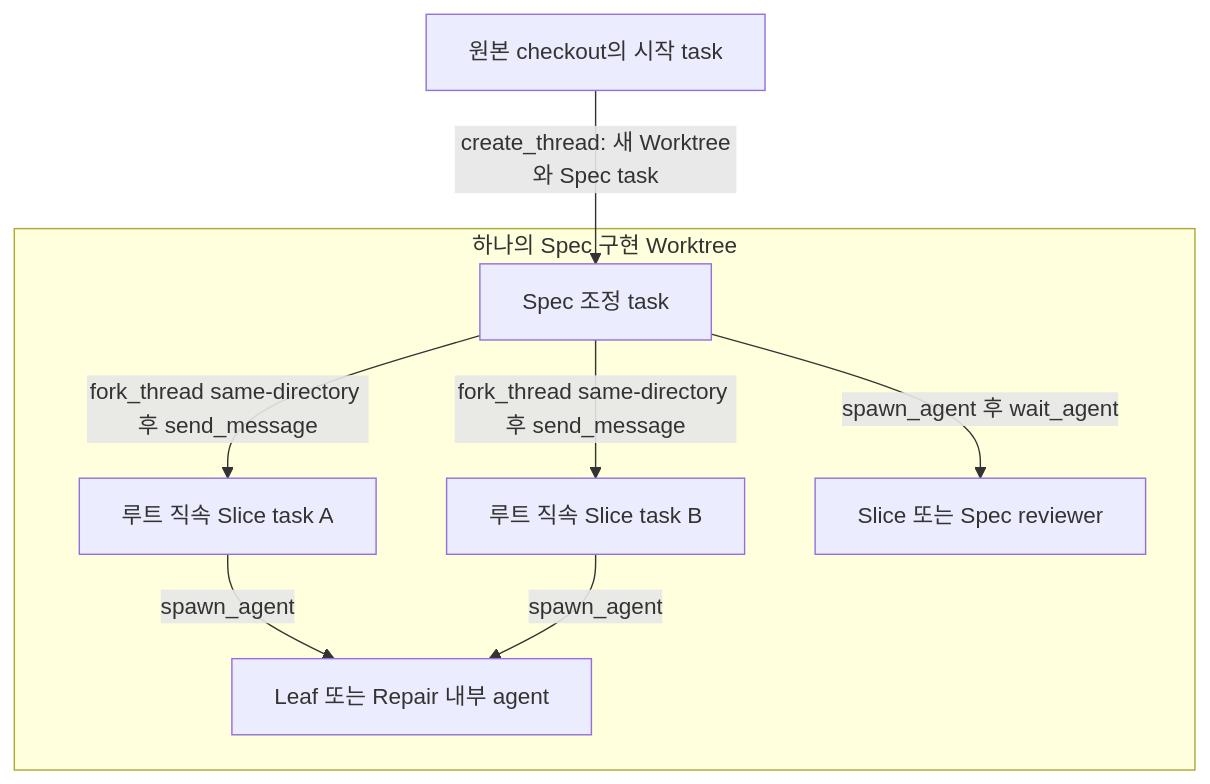
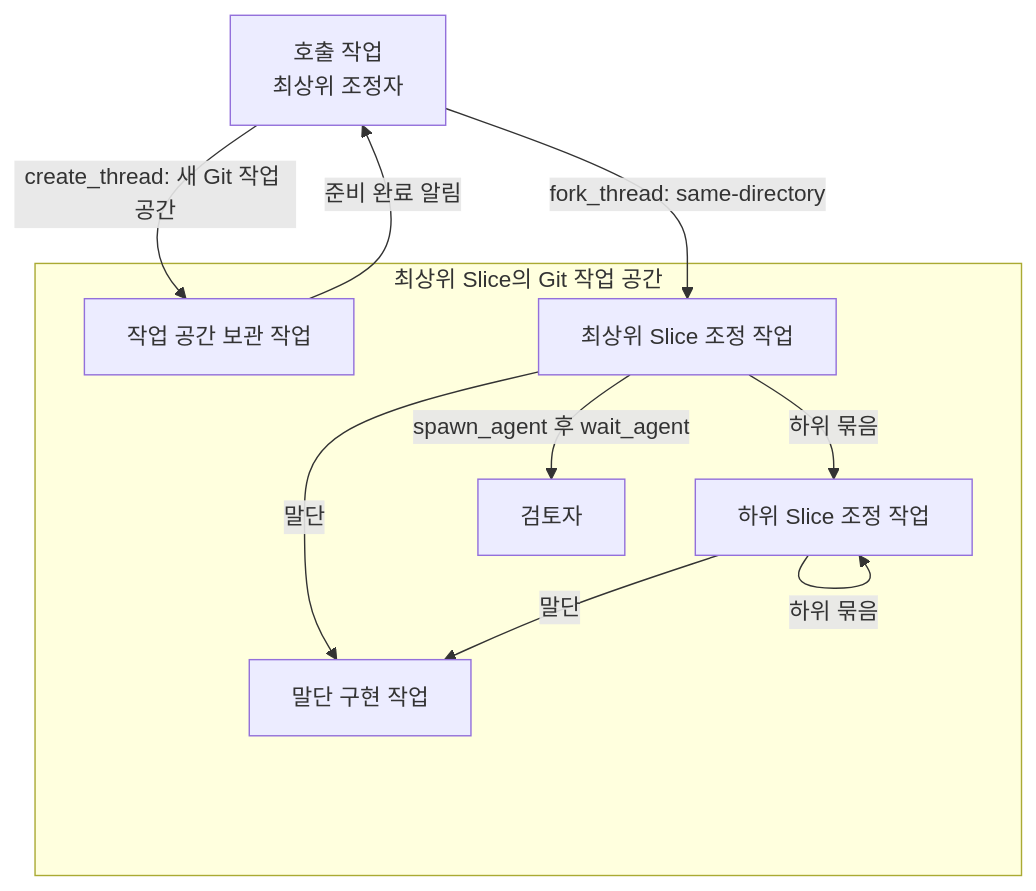
The first of 3 diagrams in docs/start-implementation-execution-skeleton.md (semisemil/codex-proofline), drawn with Mermaid before and after one commit. The commit also changed other lines of this file and 65 other files, not shown here.

````diff
--- a/docs/start-implementation-execution-skeleton.md
+++ b/docs/start-implementation-execution-skeleton.md
@@ -7,19 +7,21 @@
 ```mermaid
 flowchart TD
-    O[원본 checkout의 시작 task]
+    O[호출 작업<br/>최상위 조정자]
 
-    subgraph W[하나의 Spec 구현 Worktree]
-        S[Spec 조정 task]
-        A[루트 직속 Slice task A]
-        B[루트 직속 Slice task B]
-        I[Leaf 또는 Repair 내부 agent]
-        R[Slice 또는 Spec reviewer]
+    subgraph W[최상위 Slice의 Git 작업 공간]
+        H[작업 공간 보관 작업]
+        S[최상위 Slice 조정 작업]
+        U[하위 Slice 조정 작업]
+        L[말단 구현 작업]
+        R[검토자]
     end
 
-    O -->|create_thread: 새 Worktree와 Spec task| S
-    S -->|fork_thread same-directory 후 send_message| A
-    S -->|fork_thread same-directory 후 send_message| B
-    A -->|spawn_agent| I
-    B -->|spawn_agent| I
+    O -->|create_thread: 새 Git 작업 공간| H
+    H -->|준비 완료 알림| O
+    O -->|fork_thread: same-directory| S
+    S -->|하위 묶음| U
+    S -->|말단| L
+    U -->|하위 묶음| U
+    U -->|말단| L
     S -->|spawn_agent 후 wait_agent| R
 ```
````
